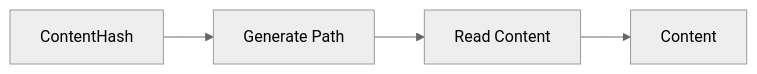
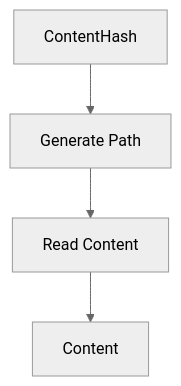
Before and after one commit to o2alexanderfedin/angular-cas-disot: the second of 6 diagrams in docs/api/services.md, drawn with Mermaid (neutral theme). The commit also changed other lines of this file and 18 other files, not shown here.

````diff
--- a/docs/api/services.md
+++ b/docs/api/services.md
@@ -72,4 +79,11 @@
 ```mermaid
-graph LR
-    INPUT[ContentHash] --> PATH[Generate Path] --> READ[Read Content] --> OUTPUT[Content]
+graph TD
+    INPUT[ContentHash]
+    PATH[Generate Path]
+    READ[Read Content]
+    OUTPUT[Content]
+    
+    INPUT --> PATH
+    PATH --> READ
+    READ --> OUTPUT
 ```
````
